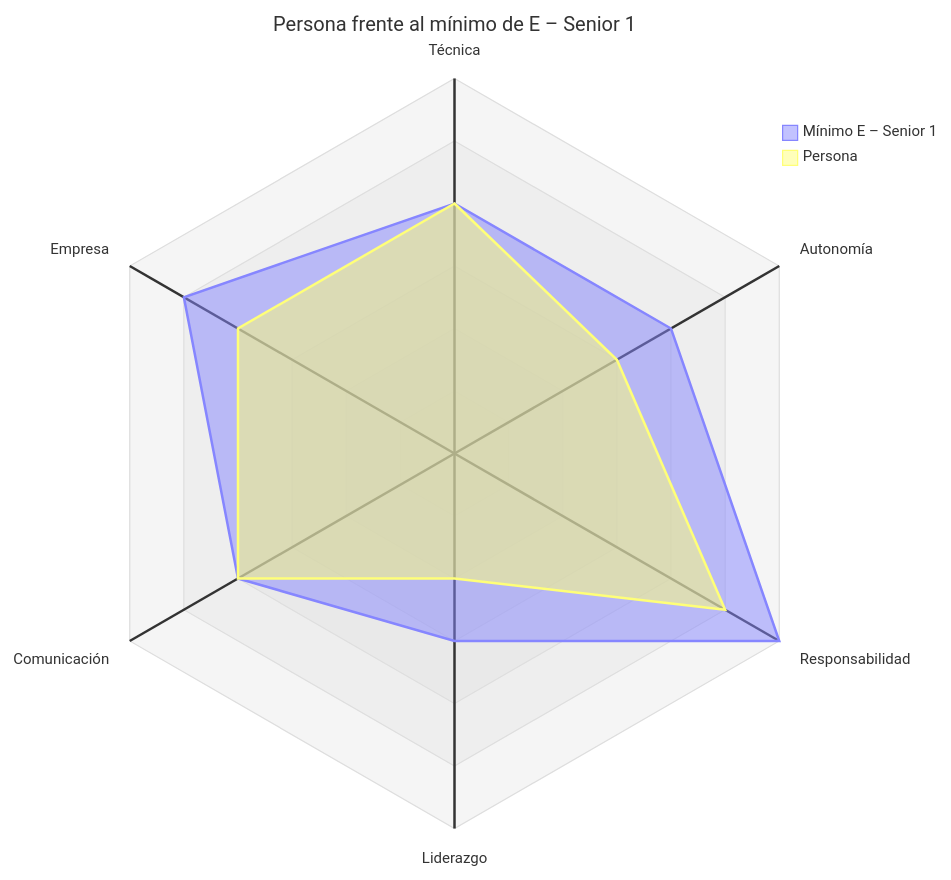
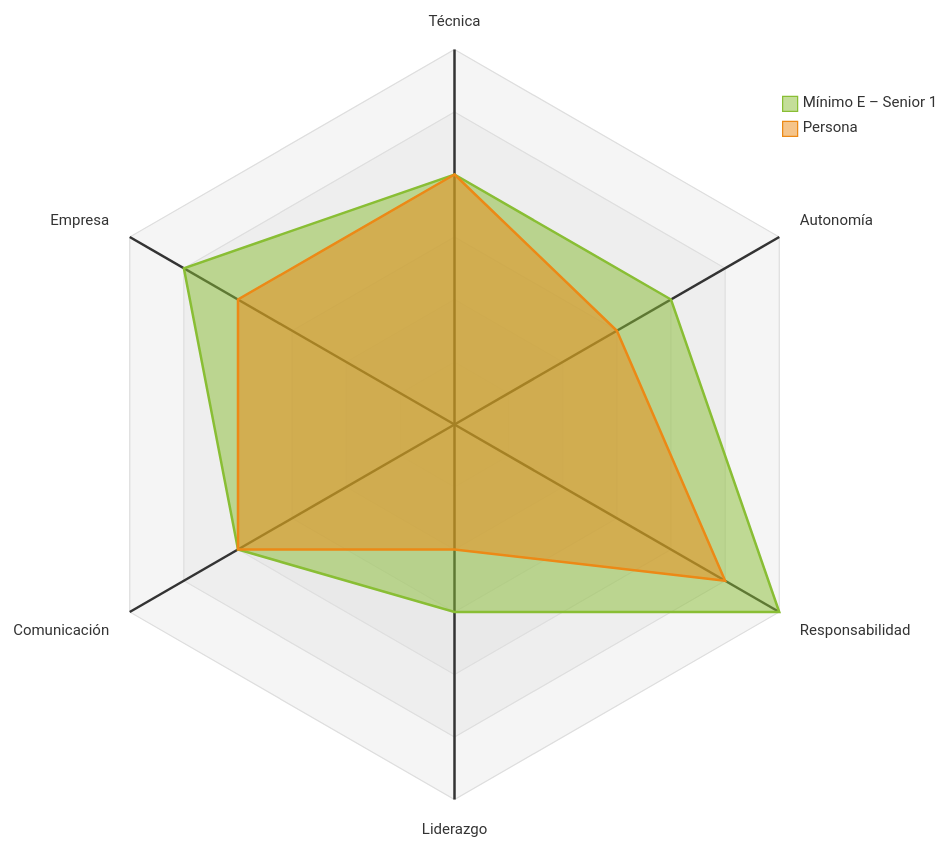
The third of 3 diagrams in README.md (javigallego-tech/carrera-profesional-ti), drawn with Mermaid before and after one commit. The commit also changed other lines of this file and 1 other file, not shown here.

````diff
--- a/README.md
+++ b/README.md
@@ -115,14 +133,15 @@
 ```mermaid
 ---
-title: "Persona frente al mínimo de E – Senior 1"
+config:
+  themeVariables:
+    cScale0: "#89BE34"
+    cScale1: "#EC8916"
 ---
 radar-beta
   axis t["Técnica"], a["Autonomía"], r["Responsabilidad"], l["Liderazgo"], c["Comunicación"], e["Empresa"]
   curve n["Mínimo E – Senior 1"]{4, 4, 6, 3, 4, 5}
   curve p["Persona"]{4, 3, 5, 2, 4, 4}
   max 6
-  min 0
   ticks 6
   graticule polygon
-  showLegend true
 ```
````
